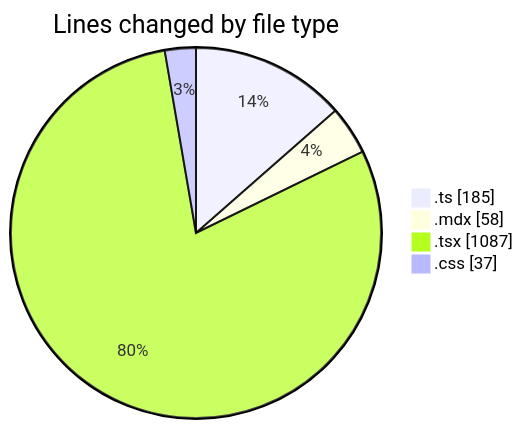
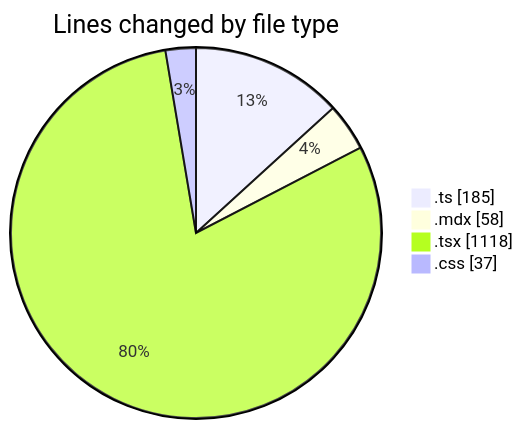
One commit to Elitesun/code-tracking changed the first of 2 diagrams in 2025-05-25/elitesun/README.md. Above: the diagram before and after it, drawn with Mermaid. The commit also changed other lines of this file and 1 other file, not shown here.

````diff
--- a/2025-05-25/elitesun/README.md
+++ b/2025-05-25/elitesun/README.md
@@ -32,8 +32,8 @@
 ```mermaid
 pie showData
 title Lines changed by file type
 ".ts" : 185
 ".mdx" : 58
-".tsx" : 1087
+".tsx" : 1118
 ".css" : 37
 ```
````
